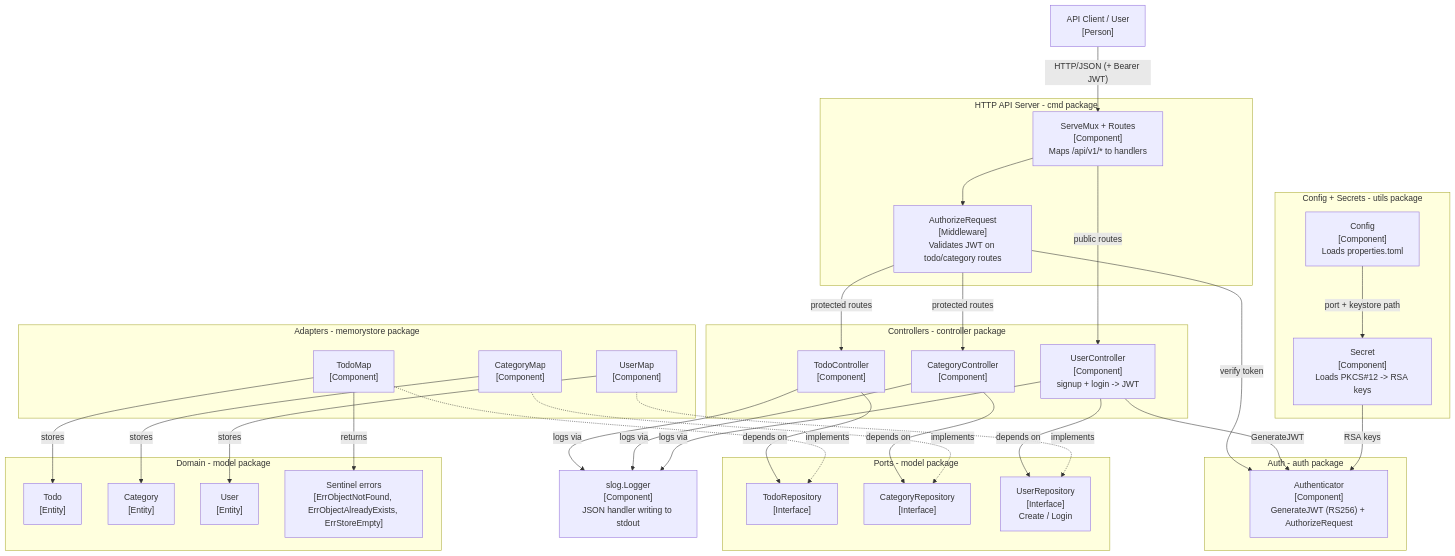
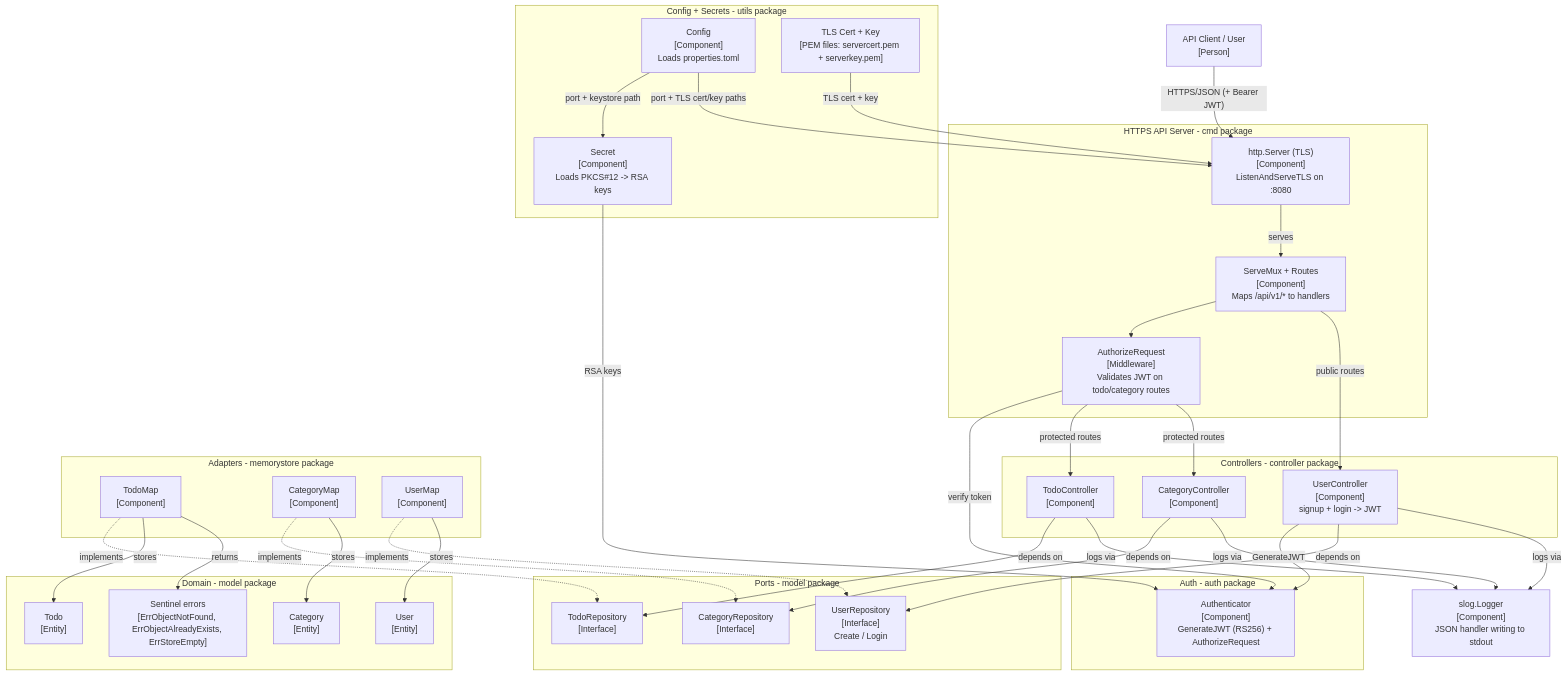
Before and after one commit to rahulkrishnanfs/todolist: the third of 3 diagrams in README.md, drawn with Mermaid. The commit also changed other lines of this file and 5 other files, not shown here.

First line of the commit message:
feat(server): serve API over HTTPS with TLS cert/key (#23)

````diff
--- a/README.md
+++ b/README.md
@@ -206,73 +219,78 @@
 ```mermaid
 flowchart TD
     user["API Client / User<br/>[Person]"]
 
-    subgraph server [HTTP API Server - cmd package]
+    subgraph server [HTTPS API Server - cmd package]
+        tlssrv["http.Server (TLS)<br/>[Component]<br/>ListenAndServeTLS on :8080"]
         mux["ServeMux + Routes<br/>[Component]<br/>Maps /api/v1/* to handlers"]
         mw["AuthorizeRequest<br/>[Middleware]<br/>Validates JWT on todo/category routes"]
     end
 
     subgraph authpkg [Auth - auth package]
         authr["Authenticator<br/>[Component]<br/>GenerateJWT (RS256) + AuthorizeRequest"]
     end
 
     subgraph handlers [Controllers - controller package]
         todoCtrl["TodoController<br/>[Component]"]
         catCtrl["CategoryController<br/>[Component]"]
         userCtrl["UserController<br/>[Component]<br/>signup + login -> JWT"]
     end
 
     subgraph ports [Ports - model package]
         todoRepo["TodoRepository<br/>[Interface]"]
         catRepo["CategoryRepository<br/>[Interface]"]
         userRepo["UserRepository<br/>[Interface]<br/>Create / Login"]
     end
 
     subgraph adapters [Adapters - memorystore package]
         todoMap["TodoMap<br/>[Component]"]
         catMap["CategoryMap<br/>[Component]"]
         userMap["UserMap<br/>[Component]"]
     end
 
     subgraph cfgpkg [Config + Secrets - utils package]
         cfg["Config<br/>[Component]<br/>Loads properties.toml"]
         secret["Secret<br/>[Component]<br/>Loads PKCS#12 -> RSA keys"]
+        tlsfiles["TLS Cert + Key<br/>[PEM files: servercert.pem + serverkey.pem]"]
     end
 
     subgraph domain [Domain - model package]
         todoModel["Todo<br/>[Entity]"]
         catModel["Category<br/>[Entity]"]
         userModel["User<br/>[Entity]"]
         errs["Sentinel errors<br/>[ErrObjectNotFound, ErrObjectAlreadyExists, ErrStoreEmpty]"]
     end
 
     logger["slog.Logger<br/>[Component]<br/>JSON handler writing to stdout"]
 
-    user -->|"HTTP/JSON (+ Bearer JWT)"| mux
+    user -->|"HTTPS/JSON (+ Bearer JWT)"| tlssrv
+    tlssrv -->|"serves"| mux
     mux --> mw
     mw -->|"verify token"| authr
     mw -->|"protected routes"| todoCtrl
     mw -->|"protected routes"| catCtrl
     mux -->|"public routes"| userCtrl
 
     userCtrl -->|"GenerateJWT"| authr
     todoCtrl -->|"depends on"| todoRepo
     catCtrl -->|"depends on"| catRepo
     userCtrl -->|"depends on"| userRepo
 
     todoMap -.->|"implements"| todoRepo
     catMap -.->|"implements"| catRepo
     userMap -.->|"implements"| userRepo
 
     secret -->|"RSA keys"| authr
     cfg -->|"port + keystore path"| secret
+    cfg -->|"port + TLS cert/key paths"| tlssrv
+    tlsfiles -->|"TLS cert + key"| tlssrv
 
     todoMap -->|"stores"| todoModel
     catMap -->|"stores"| catModel
     userMap -->|"stores"| userModel
     todoMap -->|"returns"| errs
 
     todoCtrl -->|"logs via"| logger
     catCtrl -->|"logs via"| logger
     userCtrl -->|"logs via"| logger
 ```
````
